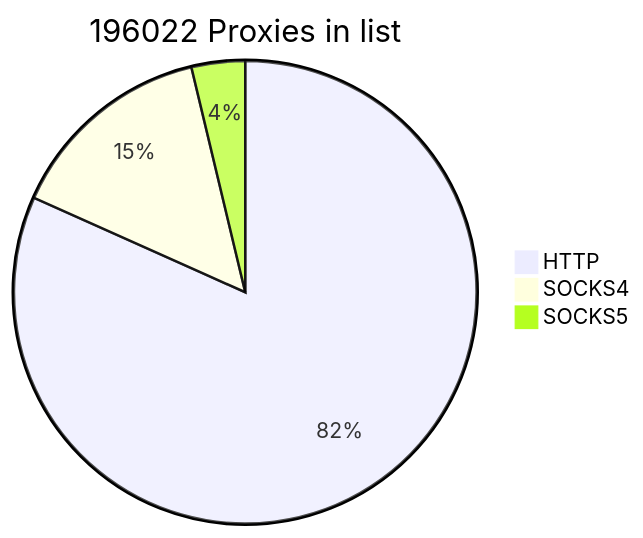
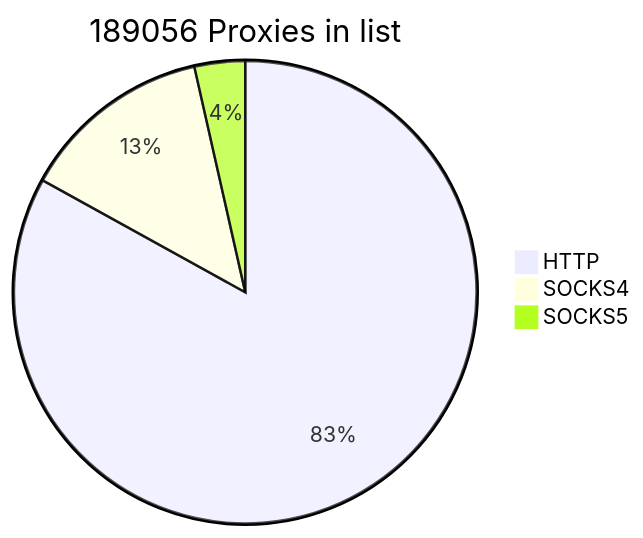
Before and after one commit to cutipu/proxylist: the first of 2 diagrams in README.md, drawn with Mermaid. The commit also changed other lines of this file, not shown here.

````diff
--- a/README.md
+++ b/README.md
@@ -2,7 +2,7 @@
 ```mermaid
-pie title 196022 Proxies in list
-    "HTTP" : 160135
-    "SOCKS4" : 28555
-    "SOCKS5" : 7332
+pie title 189056 Proxies in list
+    "HTTP" : 156981
+    "SOCKS4" : 25395
+    "SOCKS5" : 6680
             
 ```
````
